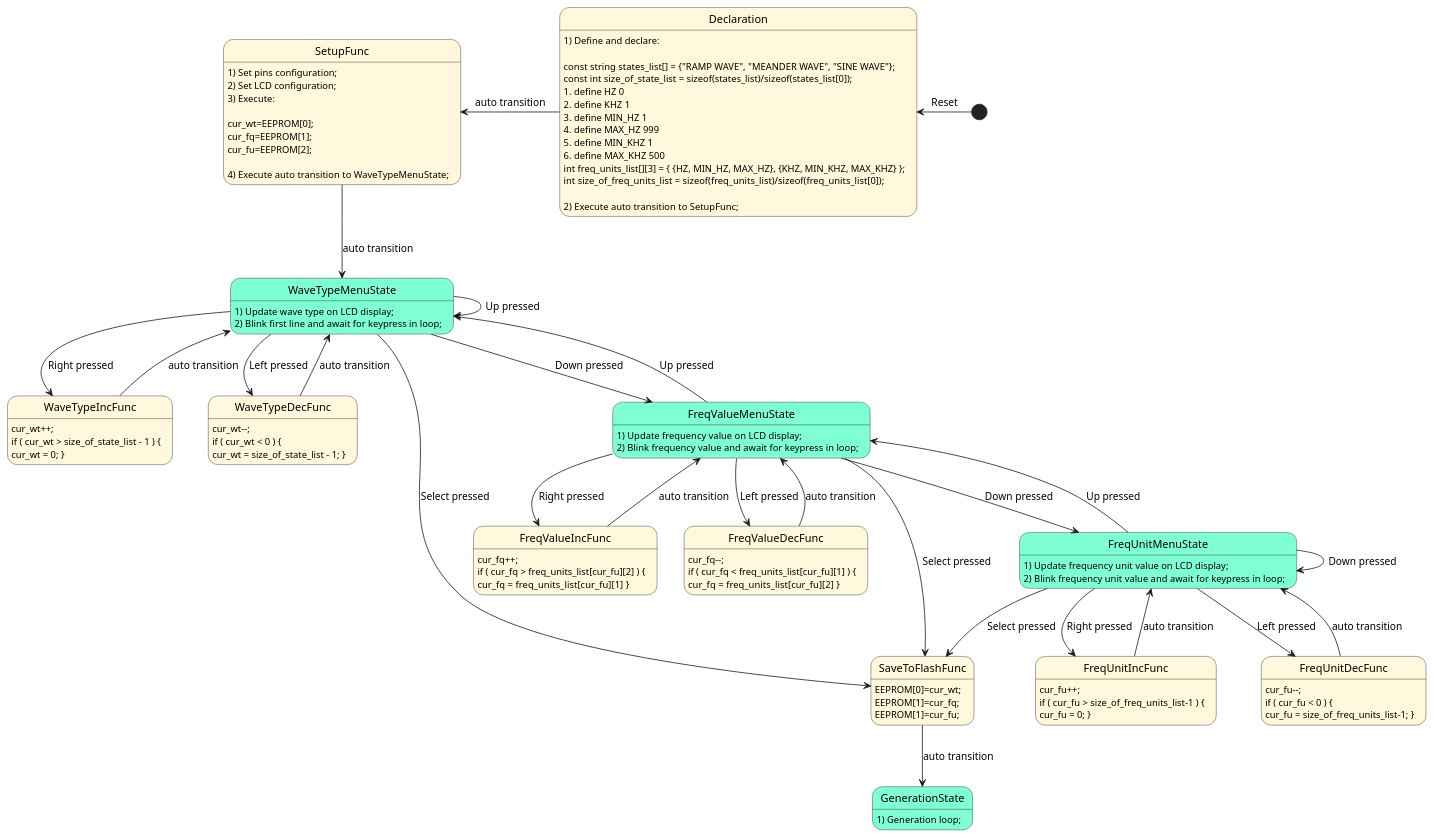
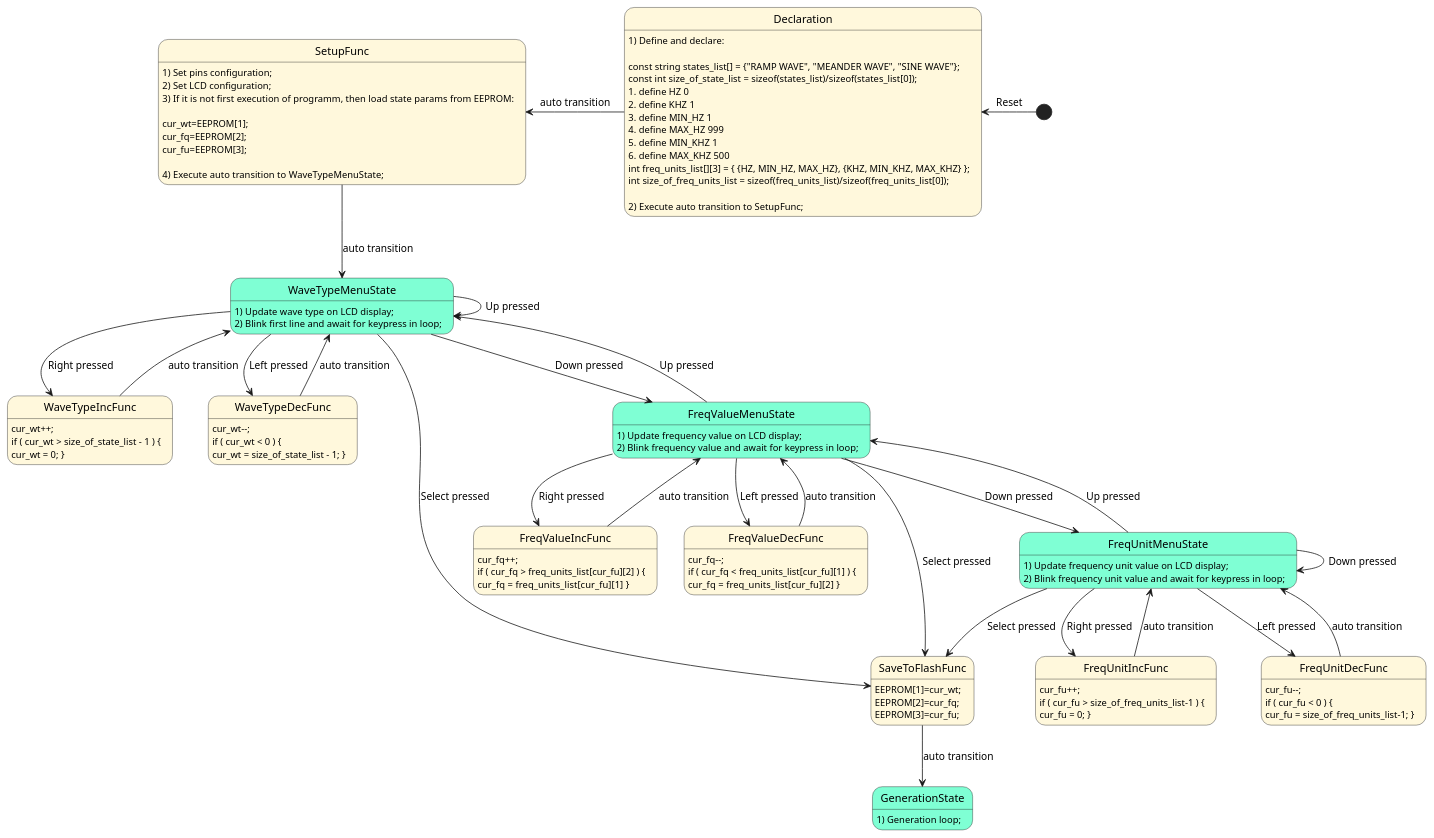
The diagram in ProjectFSM.puml (borshec/SignalGenerator), drawn with PlantUML before and after one commit. The commit also changed 7 other files, not shown here.

```diff
--- a/ProjectFSM.puml
+++ b/ProjectFSM.puml
@@ -1,123 +1,123 @@
 @startuml
 
 ' Установка цветов для состояний. <<Warning>> - псевдосостояние с желтым фоном, 
 skinparam state {
   BackgroundColor  Aquamarine
   BackgroundColor<<Warning>> Cornsilk
 }
 
 ' Объявление псевдосостояний
 state Declaration <<Warning>>
 state SetupFunc <<Warning>>
 state WaveTypeIncFunc <<Warning>>
 state WaveTypeDecFunc <<Warning>>
 state FreqValueIncFunc <<Warning>>
 state FreqValueDecFunc <<Warning>>
 state FreqUnitIncFunc <<Warning>>
 state FreqUnitDecFunc <<Warning>>
 state SaveToFlashFunc <<Warning>>
 
 [*] -left-> Declaration: Reset
 
 ' Описание и переходы от Declaration
 Declaration : 1) Define and declare:
 Declaration : 
 Declaration : const string states_list[] = {"RAMP WAVE", "MEANDER WAVE", "SINE WAVE"};
 Declaration : const int size_of_state_list = sizeof(states_list)/sizeof(states_list[0]);
 Declaration : #define HZ 0
 Declaration : #define KHZ 1
 Declaration : #define MIN_HZ 1
 Declaration : #define MAX_HZ 999
 Declaration : #define MIN_KHZ 1
 Declaration : #define MAX_KHZ 500
 Declaration : int freq_units_list[][3] = { {HZ, MIN_HZ, MAX_HZ}, {KHZ, MIN_KHZ, MAX_KHZ} };
 Declaration : int size_of_freq_units_list = sizeof(freq_units_list)/sizeof(freq_units_list[0]);
 Declaration : 
 Declaration : 2) Execute auto transition to SetupFunc;
 Declaration -left-> SetupFunc: auto transition
 
 ' Описание и переходы от SetupFunc
 SetupFunc : 1) Set pins configuration;
 SetupFunc : 2) Set LCD configuration;
-SetupFunc : 3) Execute:
+SetupFunc : 3) If it is not first execution of programm, then load state params from EEPROM:
 SetupFunc :
-SetupFunc : cur_wt=EEPROM[0];
-SetupFunc : cur_fq=EEPROM[1];
-SetupFunc : cur_fu=EEPROM[2];
+SetupFunc : cur_wt=EEPROM[1];
+SetupFunc : cur_fq=EEPROM[2];
+SetupFunc : cur_fu=EEPROM[3];
 SetupFunc :
 SetupFunc : 4) Execute auto transition to WaveTypeMenuState;
 SetupFunc --> WaveTypeMenuState: auto transition
 
 ' Описание WaveTypeMenuState и переходы от него
 WaveTypeMenuState : 1) Update wave type on LCD display;
 WaveTypeMenuState : 2) Blink first line and await for keypress in loop;
 WaveTypeMenuState --> WaveTypeIncFunc: Right pressed
 WaveTypeMenuState --> WaveTypeMenuState: Up pressed
 WaveTypeMenuState --> WaveTypeDecFunc: Left pressed
 WaveTypeMenuState --> FreqValueMenuState: Down pressed
 WaveTypeMenuState --> SaveToFlashFunc: Select pressed
 
 ' Описание WaveTypeIncFunc и переходы от него
 WaveTypeIncFunc : cur_wt++;
 WaveTypeIncFunc : if ( cur_wt > size_of_state_list - 1 ) {
 WaveTypeIncFunc : cur_wt = 0; }
 WaveTypeIncFunc --> WaveTypeMenuState: auto transition
 
 ' Описание WaveTypeDecFunc и переходы от него
 WaveTypeDecFunc : cur_wt--;
 WaveTypeDecFunc : if ( cur_wt < 0 ) {
 WaveTypeDecFunc : cur_wt = size_of_state_list - 1; }
 WaveTypeDecFunc --> WaveTypeMenuState: auto transition
 
 ' Описание FreqValueMenuState и переходы от него
 FreqValueMenuState : 1) Update frequency value on LCD display;
 FreqValueMenuState : 2) Blink frequency value and await for keypress in loop;
 FreqValueMenuState --> WaveTypeMenuState: Up pressed
 FreqValueMenuState --> FreqUnitMenuState: Down pressed
 FreqValueMenuState --> FreqValueIncFunc: Right pressed
 FreqValueMenuState --> FreqValueDecFunc: Left pressed
 FreqValueMenuState --> SaveToFlashFunc: Select pressed
 
 ' Описание FreqValueIncFunc и переходы от него
 FreqValueIncFunc : cur_fq++;
 FreqValueIncFunc : if ( cur_fq > freq_units_list[cur_fu][2] ) {
 FreqValueIncFunc : cur_fq = freq_units_list[cur_fu][1]  }
 FreqValueIncFunc --> FreqValueMenuState: auto transition
 
 ' Описание FreqValueDecFunc и переходы от него
 FreqValueDecFunc : cur_fq--;
 FreqValueDecFunc : if ( cur_fq < freq_units_list[cur_fu][1] ) {
 FreqValueDecFunc : cur_fq = freq_units_list[cur_fu][2]  }
 FreqValueDecFunc --> FreqValueMenuState: auto transition
 
 ' Описание FreqUnitMenuState и переходы от него
 FreqUnitMenuState : 1) Update frequency unit value on LCD display;
 FreqUnitMenuState : 2) Blink frequency unit value and await for keypress in loop;
 FreqUnitMenuState --> SaveToFlashFunc: Select pressed
 FreqUnitMenuState --> FreqUnitIncFunc: Right pressed
 FreqUnitMenuState --> FreqUnitDecFunc: Left pressed
 FreqUnitMenuState --> FreqValueMenuState: Up pressed
 FreqUnitMenuState --> FreqUnitMenuState: Down pressed
 
 ' Описание FreqUnitIncFunc и переходы от него
 FreqUnitIncFunc : cur_fu++;
 FreqUnitIncFunc : if ( cur_fu > size_of_freq_units_list-1 ) {
 FreqUnitIncFunc : cur_fu = 0; }
 FreqUnitIncFunc --> FreqUnitMenuState: auto transition
 
 ' Описание FreqUnitDecFunc и переходы от него
 FreqUnitDecFunc : cur_fu--;
 FreqUnitDecFunc : if ( cur_fu < 0 ) {
 FreqUnitDecFunc : cur_fu = size_of_freq_units_list-1; }
 FreqUnitDecFunc --> FreqUnitMenuState: auto transition
 
 ' Описание SaveToFlashFunc и переходы от него
-SaveToFlashFunc : EEPROM[0]=cur_wt;
-SaveToFlashFunc : EEPROM[1]=cur_fq;
-SaveToFlashFunc : EEPROM[1]=cur_fu;
+SaveToFlashFunc : EEPROM[1]=cur_wt;
+SaveToFlashFunc : EEPROM[2]=cur_fq;
+SaveToFlashFunc : EEPROM[3]=cur_fu;
 SaveToFlashFunc --> GenerationState: auto transition
 
 ' Описание GenerationState и переходы от него
 GenerationState : 1) Generation loop;
 
 @enduml
```
